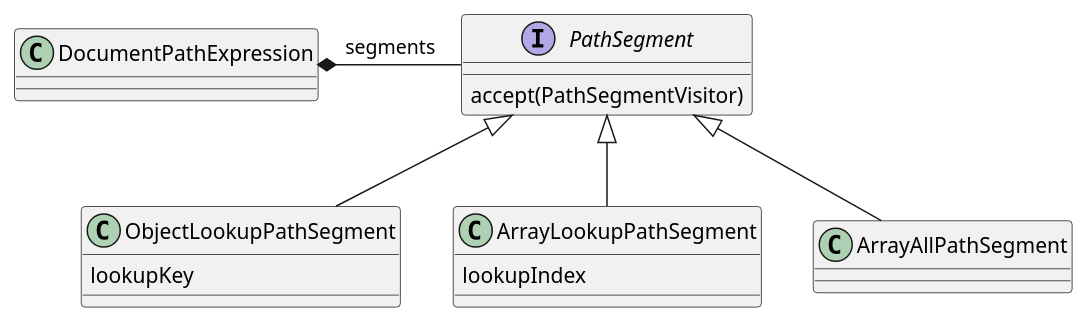
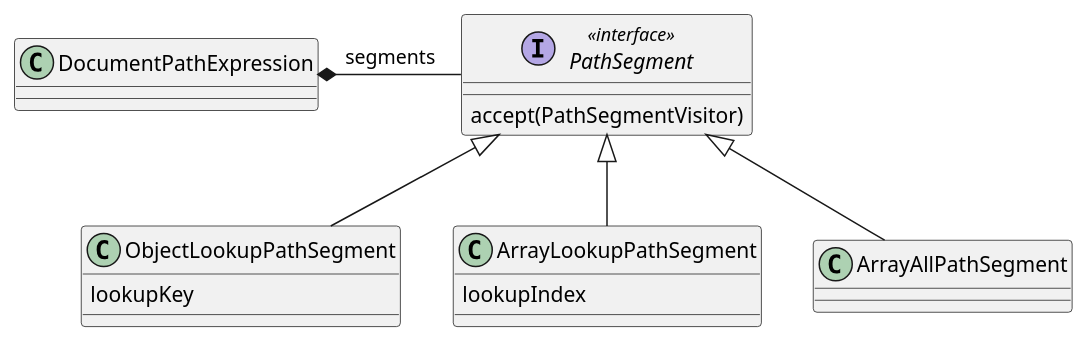
One commit to exasol/dynamodb-virtual-schema changed the diagram in doc/diagrams/documentPath.puml. Above: the diagram before and after it, drawn with PlantUML. The commit also changed 7 other files, not shown here.

Commit message:
added interface annotation to diagrams

```diff
--- a/doc/diagrams/documentPath.puml
+++ b/doc/diagrams/documentPath.puml
@@ -1,24 +1,24 @@
 @startuml
 
 class DocumentPathExpression{
 
 }
 
-interface PathSegment{
+interface  PathSegment <<interface>> {
 accept(PathSegmentVisitor)
 }
 
 class ObjectLookupPathSegment{
 lookupKey
 }
 
 class ArrayLookupPathSegment{
 lookupIndex
 }
 
 
 DocumentPathExpression *- PathSegment: segments
 PathSegment <|-- ObjectLookupPathSegment
 PathSegment <|-- ArrayLookupPathSegment
 PathSegment <|-- ArrayAllPathSegment
 @enduml
```
